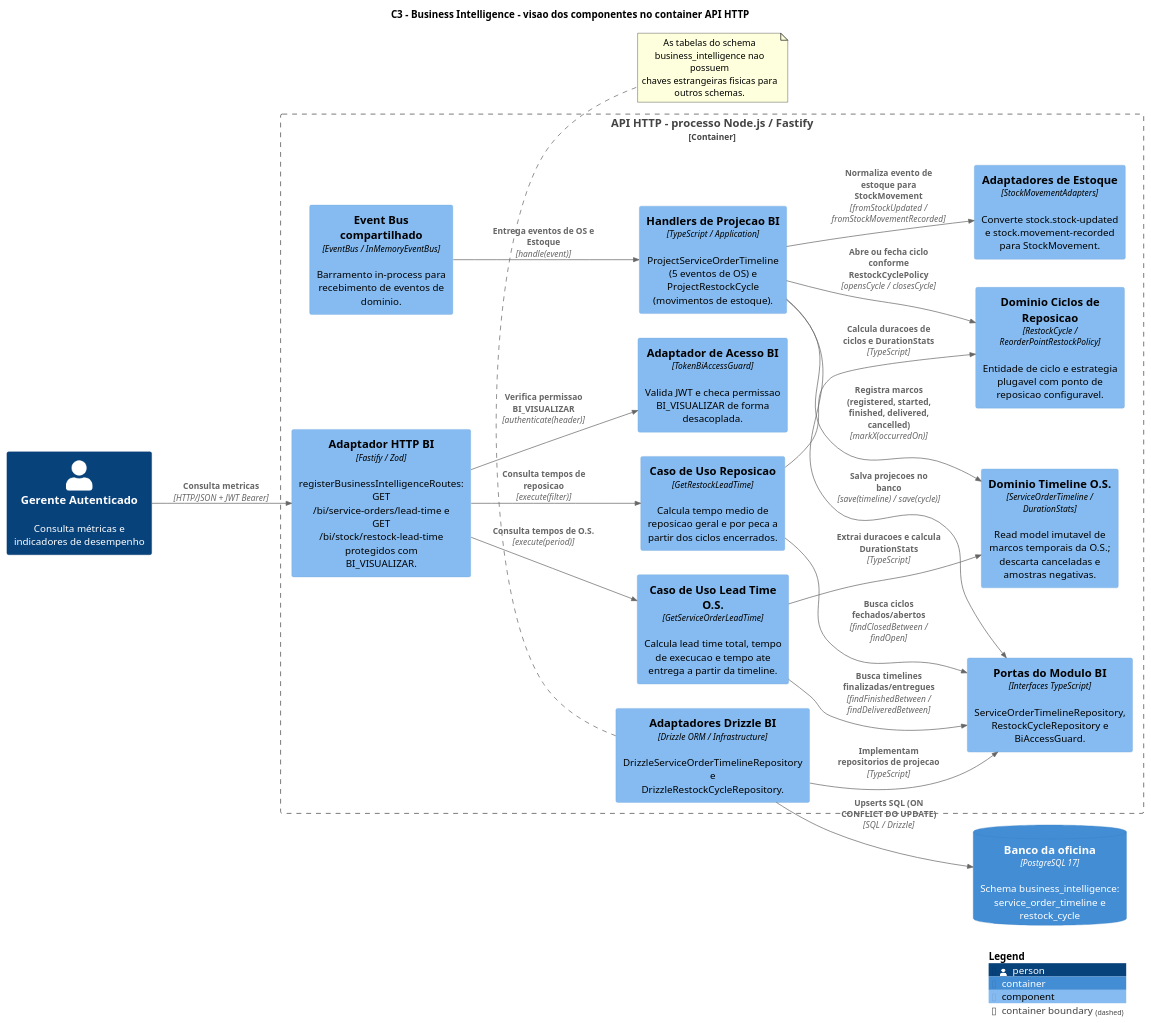
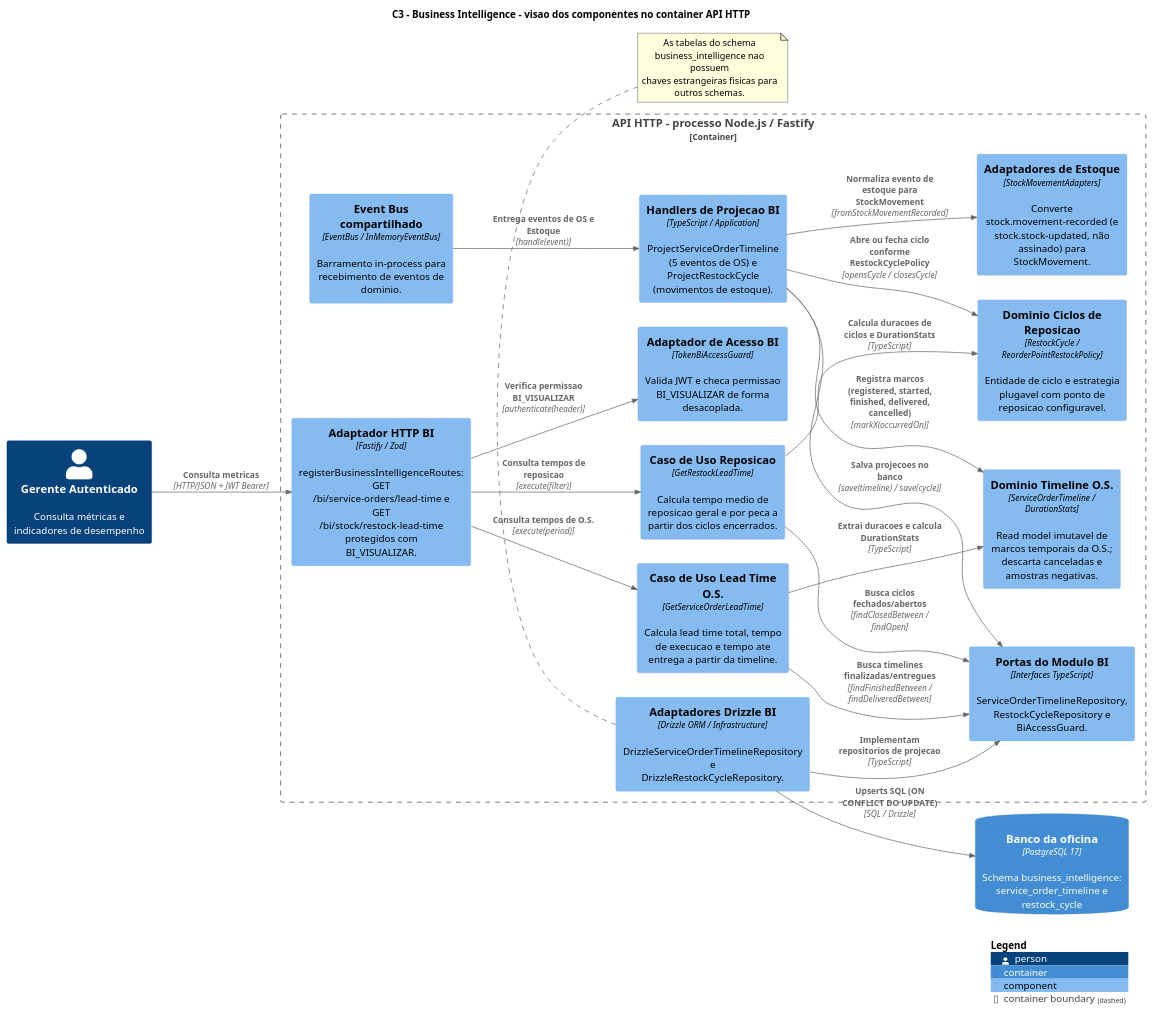
One commit to 15soat-fiap-45/api.mecanica changed the diagram in docs/plantuml/c4-bi-components.puml. Above: the diagram before and after it, drawn with PlantUML. The commit also changed 8 other files, not shown here.

First line of the commit message:
feat(stock): publish stock.movement-recorded and feed BI from it

```diff
--- a/docs/plantuml/c4-bi-components.puml
+++ b/docs/plantuml/c4-bi-components.puml
@@ -1,50 +1,50 @@
 @startuml bi_c3_components
 !include https://raw.githubusercontent.com/plantuml-stdlib/C4-PlantUML/master/C4_Component.puml
 title C3 - Business Intelligence - visao dos componentes no container API HTTP
 LAYOUT_LEFT_RIGHT()
 
 Person(manager, "Gerente Autenticado", "Consulta métricas e indicadores de desempenho")
 
 Container_Boundary(api, "API HTTP - processo Node.js / Fastify") {
   Component(http, "Adaptador HTTP BI", "Fastify / Zod", "registerBusinessIntelligenceRoutes: GET /bi/service-orders/lead-time e GET /bi/stock/restock-lead-time protegidos com BI_VISUALIZAR.")
   Component(lead_time_uc, "Caso de Uso Lead Time O.S.", "GetServiceOrderLeadTime", "Calcula lead time total, tempo de execucao e tempo ate entrega a partir da timeline.")
   Component(restock_uc, "Caso de Uso Reposicao", "GetRestockLeadTime", "Calcula tempo medio de reposicao geral e por peca a partir dos ciclos encerrados.")
   Component(domain_timeline, "Dominio Timeline O.S.", "ServiceOrderTimeline / DurationStats", "Read model imutavel de marcos temporais da O.S.; descarta canceladas e amostras negativas.")
   Component(domain_restock, "Dominio Ciclos de Reposicao", "RestockCycle / ReorderPointRestockPolicy", "Entidade de ciclo e estrategia plugavel com ponto de reposicao configuravel.")
   Component(ports, "Portas do Modulo BI", "Interfaces TypeScript", "ServiceOrderTimelineRepository, RestockCycleRepository e BiAccessGuard.")
   Component(db_adapters, "Adaptadores Drizzle BI", "Drizzle ORM / Infrastructure", "DrizzleServiceOrderTimelineRepository e DrizzleRestockCycleRepository.")
   Component(auth_adapter, "Adaptador de Acesso BI", "TokenBiAccessGuard", "Valida JWT e checa permissao BI_VISUALIZAR de forma desacoplada.")
   Component(bus, "Event Bus compartilhado", "EventBus / InMemoryEventBus", "Barramento in-process para recebimento de eventos de dominio.")
   Component(handlers, "Handlers de Projecao BI", "TypeScript / Application", "ProjectServiceOrderTimeline (5 eventos de OS) e ProjectRestockCycle (movimentos de estoque).")
-  Component(stock_adapters, "Adaptadores de Estoque", "StockMovementAdapters", "Converte stock.stock-updated e stock.movement-recorded para StockMovement.")
+  Component(stock_adapters, "Adaptadores de Estoque", "StockMovementAdapters", "Converte stock.movement-recorded (e stock.stock-updated, não assinado) para StockMovement.")
 }
 
 ContainerDb(database, "Banco da oficina", "PostgreSQL 17", "Schema business_intelligence: service_order_timeline e restock_cycle")
 
 Rel(manager, http, "Consulta metricas", "HTTP/JSON + JWT Bearer")
 Rel(http, auth_adapter, "Verifica permissao BI_VISUALIZAR", "authenticate(header)")
 Rel(http, lead_time_uc, "Consulta tempos de O.S.", "execute(period)")
 Rel(http, restock_uc, "Consulta tempos de reposicao", "execute(filter)")
 
 Rel(lead_time_uc, ports, "Busca timelines finalizadas/entregues", "findFinishedBetween / findDeliveredBetween")
 Rel(restock_uc, ports, "Busca ciclos fechados/abertos", "findClosedBetween / findOpen")
 
 Rel(lead_time_uc, domain_timeline, "Extrai duracoes e calcula DurationStats", "TypeScript")
 Rel(restock_uc, domain_restock, "Calcula duracoes de ciclos e DurationStats", "TypeScript")
 
 Rel(bus, handlers, "Entrega eventos de OS e Estoque", "handle(event)")
-Rel(handlers, stock_adapters, "Normaliza evento de estoque para StockMovement", "fromStockUpdated / fromStockMovementRecorded")
+Rel(handlers, stock_adapters, "Normaliza evento de estoque para StockMovement", "fromStockMovementRecorded")
 Rel(handlers, domain_timeline, "Registra marcos (registered, started, finished, delivered, cancelled)", "markX(occurredOn)")
 Rel(handlers, domain_restock, "Abre ou fecha ciclo conforme RestockCyclePolicy", "opensCycle / closesCycle")
 Rel(handlers, ports, "Salva projecoes no banco", "save(timeline) / save(cycle)")
 
 Rel(db_adapters, ports, "Implementam repositorios de projecao", "TypeScript")
 Rel(db_adapters, database, "Upserts SQL (ON CONFLICT DO UPDATE)", "SQL / Drizzle")
 
 note bottom of db_adapters
   As tabelas do schema business_intelligence nao possuem
   chaves estrangeiras fisicas para outros schemas.
 end note
 
 SHOW_LEGEND()
 @enduml
```
